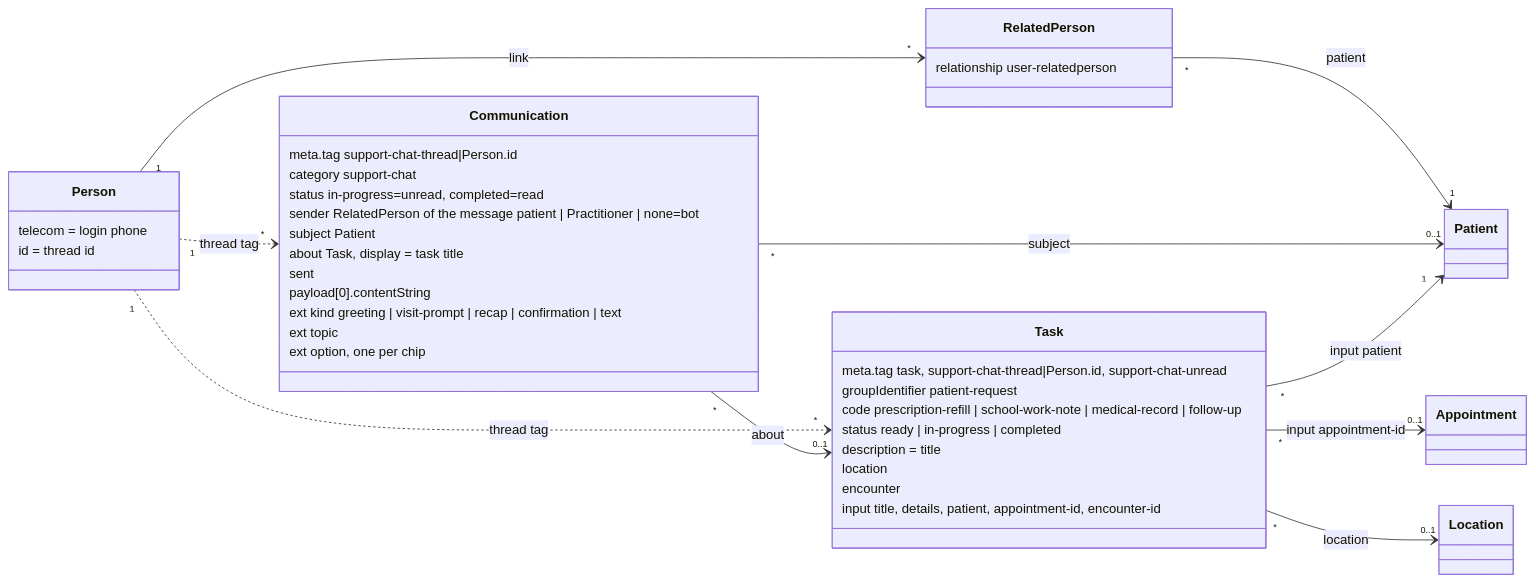
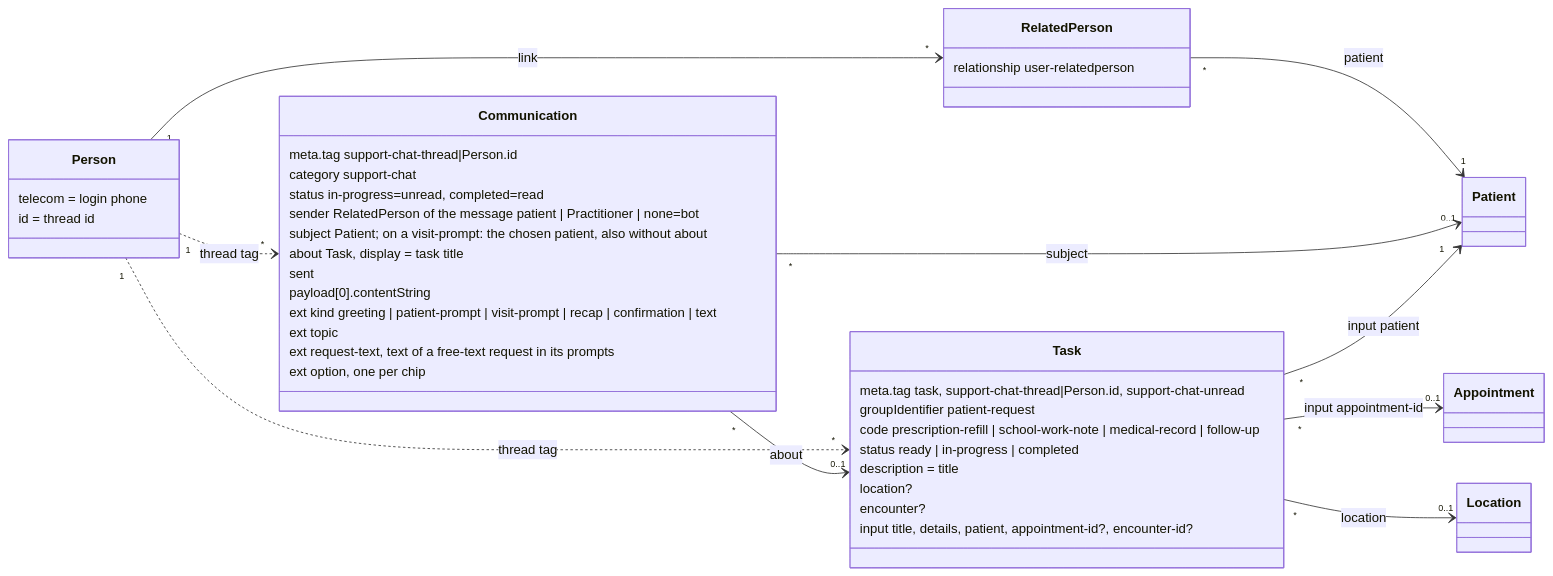
One commit to masslight/ottehr changed the first of 2 diagrams in docs/patient-requests-support-chat.md. Above: the diagram before and after it, drawn with Mermaid. The commit also changed other lines of this file and 11 other files, not shown here.

Commit message:
feat(support-chat): ask for the patient and allow requests without a visit

````diff
--- a/docs/patient-requests-support-chat.md
+++ b/docs/patient-requests-support-chat.md
@@ -15,47 +15,48 @@
 ```mermaid
 classDiagram
   direction LR
   class Person {
     telecom = login phone
     id = thread id
   }
   class RelatedPerson {
     relationship user-relatedperson
   }
   class Communication {
     meta.tag support-chat-thread|Person.id
     category support-chat
     status in-progress=unread, completed=read
     sender RelatedPerson of the message patient | Practitioner | none=bot
-    subject Patient
+    subject Patient; on a visit-prompt: the chosen patient, also without about
     about Task, display = task title
     sent
     payload[0].contentString
-    ext kind greeting | visit-prompt | recap | confirmation | text
+    ext kind greeting | patient-prompt | visit-prompt | recap | confirmation | text
     ext topic
+    ext request-text, text of a free-text request in its prompts
     ext option, one per chip
   }
   class Task {
     meta.tag task, support-chat-thread|Person.id, support-chat-unread
     groupIdentifier patient-request
     code prescription-refill | school-work-note | medical-record | follow-up
     status ready | in-progress | completed
     description = title
-    location
-    encounter
-    input title, details, patient, appointment-id, encounter-id
+    location?
+    encounter?
+    input title, details, patient, appointment-id?, encounter-id?
   }
   class Patient
   class Appointment
   class Location
 
   Person "1" --> "*" RelatedPerson : link
   RelatedPerson "*" --> "1" Patient : patient
   Person "1" ..> "*" Communication : thread tag
   Person "1" ..> "*" Task : thread tag
   Communication "*" --> "0..1" Task : about
   Communication "*" --> "0..1" Patient : subject
   Task "*" --> "1" Patient : input patient
   Task "*" --> "0..1" Appointment : input appointment-id
   Task "*" --> "0..1" Location : location
 ```
````
